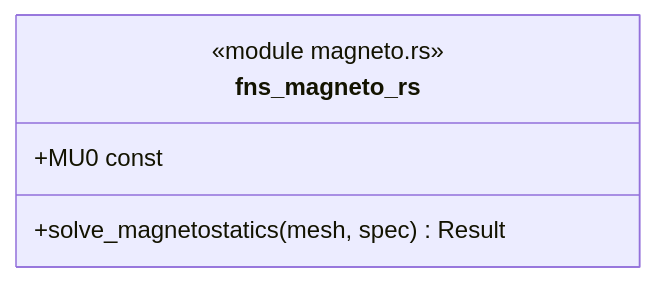
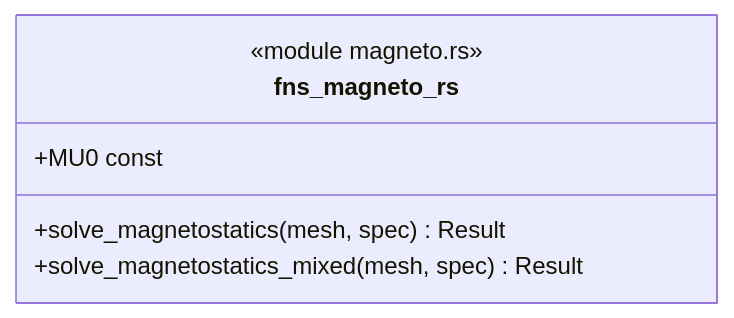
Before and after one commit to p-j-r/nyx: the diagram in docs/architecture/c4/4-code/dfs/magneto.md, drawn with Mermaid. The commit also changed other lines of this file and 110 other files, not shown here.

````diff
--- a/docs/architecture/c4/4-code/dfs/magneto.md
+++ b/docs/architecture/c4/4-code/dfs/magneto.md
@@ -35,8 +35,9 @@
 ```mermaid
 classDiagram
   class fns_magneto_rs {
       <<module magneto.rs>>
       +solve_magnetostatics(mesh, spec) Result
+      +solve_magnetostatics_mixed(mesh, spec) Result
       +MU0 const
   }
 ```
````
